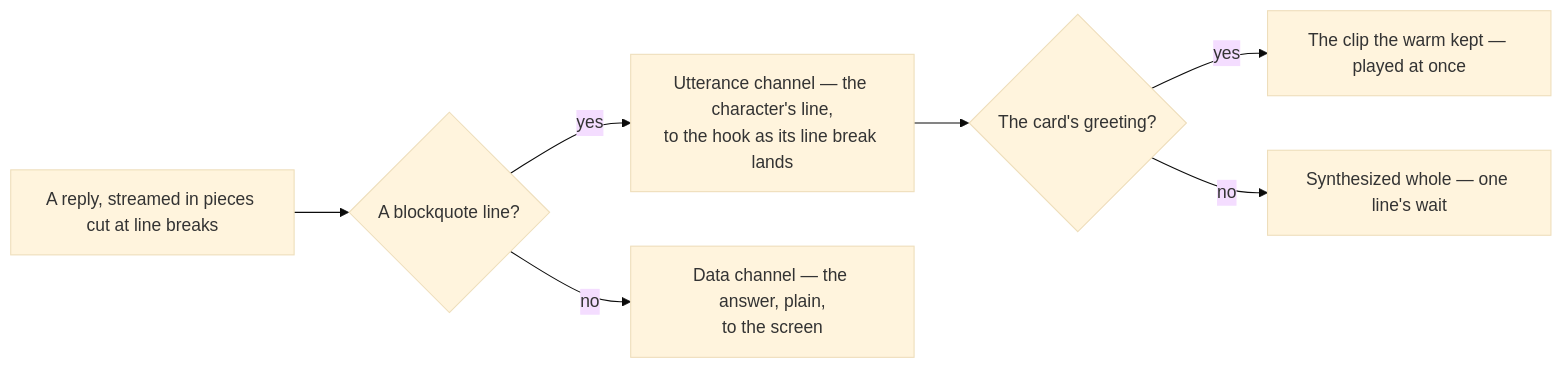
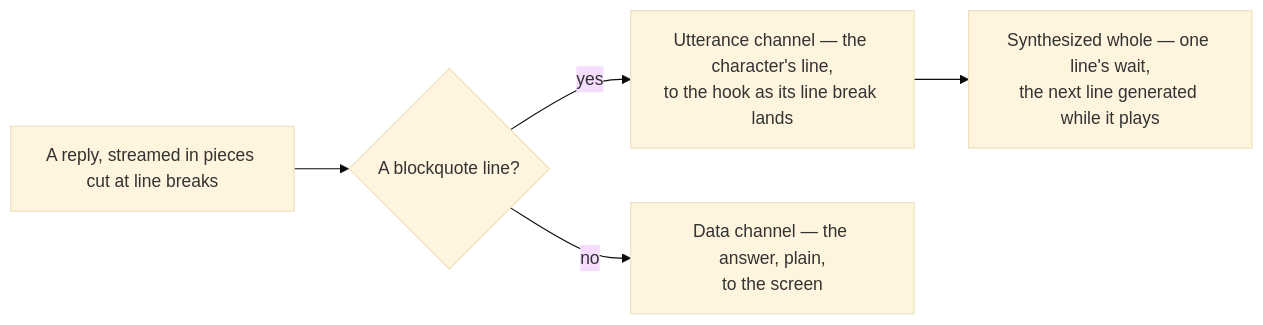
One commit to Esposter/Esposter changed the second of 3 diagrams in apps/web/content/docs/infra/claude-interface/spoken-replies.md. Above: the diagram before and after it, drawn with Mermaid (base theme). The commit also changed other lines of this file and 10 other files, not shown here.

First line of the commit message:
feat(genshin-persona): the ask decides how much of a reply is spoken, and no reply repeats the card's greeting

````diff
--- a/apps/web/content/docs/infra/claude-interface/spoken-replies.md
+++ b/apps/web/content/docs/infra/claude-interface/spoken-replies.md
@@ -55,16 +55,12 @@
 ```mermaid
 flowchart LR
     Reply["A reply, streamed in pieces cut at line breaks"]
     Rule{"A blockquote line?"}
     Spoken["Utterance channel — the character's line,<br/>to the hook as its line break lands"]
     Plain["Data channel — the answer, plain,<br/>to the screen"]
-    Greeting{"The card's greeting?"}
-    Kept["The clip the warm kept — played at once"]
-    Synthesized["Synthesized whole — one line's wait"]
+    Synthesized["Synthesized whole — one line's wait,<br/>the next line generated while it plays"]
 
     Reply --> Rule
-    Rule -- yes --> Spoken --> Greeting
+    Rule -- yes --> Spoken --> Synthesized
     Rule -- no --> Plain
-    Greeting -- yes --> Kept
-    Greeting -- no --> Synthesized
 ```
````
